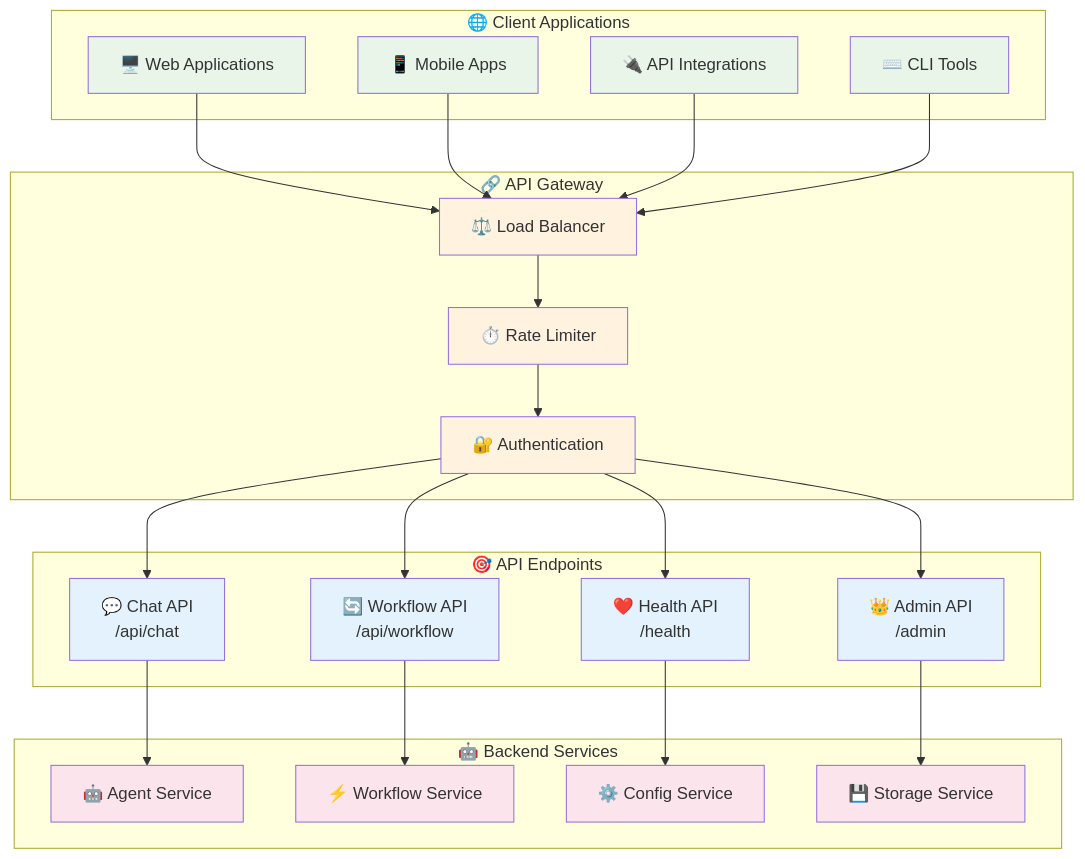
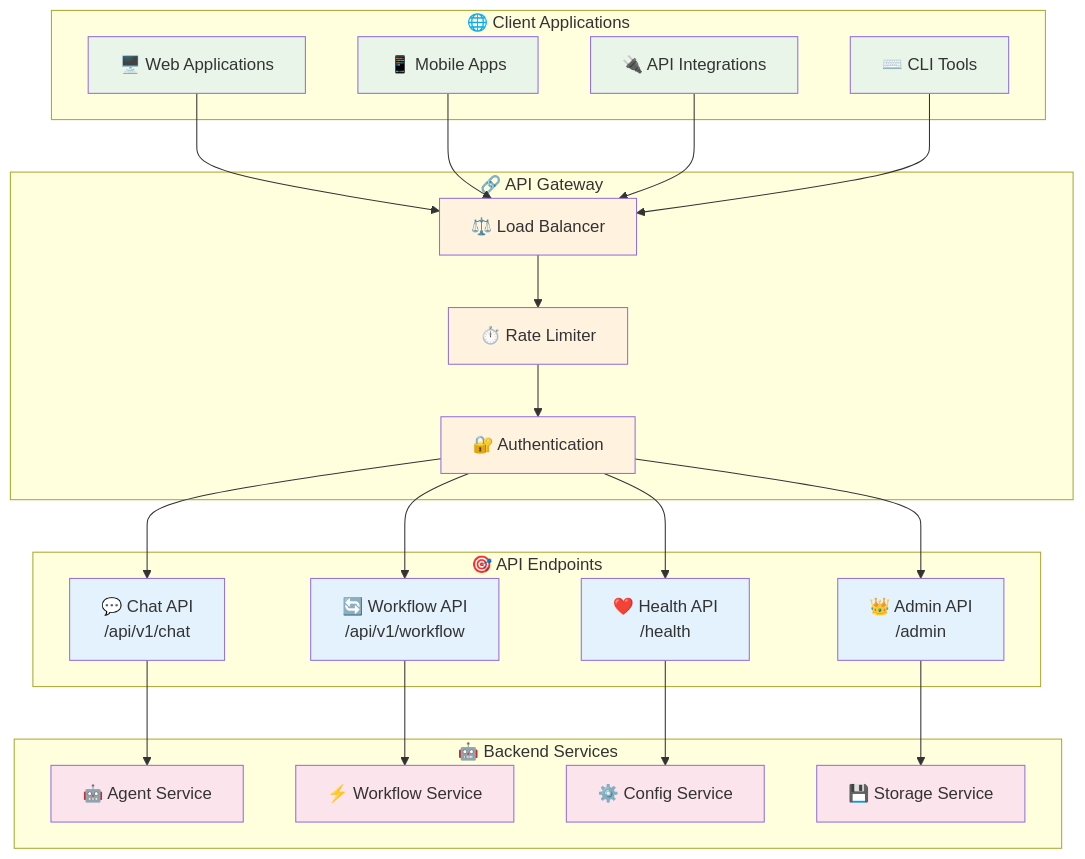
Before and after one commit to the-ingenious-dark-knight/Insight_Ingenious: the first of 6 diagrams in docs/api/README.md, drawn with Mermaid. The commit also changed other lines of this file and 5 other files, not shown here.

Commit message:
refactor: Update workflow names and API endpoints for consistency in documentation

````diff
--- a/docs/api/README.md
+++ b/docs/api/README.md
@@ -18,57 +18,57 @@
 ```mermaid
 graph TB
     subgraph "🌐 Client Applications"
         WEB_CLIENT[🖥️ Web Applications]
         MOBILE_CLIENT[📱 Mobile Apps]
         API_CLIENT[🔌 API Integrations]
         CLI_CLIENT[⌨️ CLI Tools]
     end
     
     subgraph "🔗 API Gateway"
         LOAD_BALANCER[⚖️ Load Balancer]
         RATE_LIMITER[⏱️ Rate Limiter]
         AUTH_LAYER[🔐 Authentication]
     end
     
     subgraph "🎯 API Endpoints"
-        CHAT_API[💬 Chat API<br/>/api/chat]
-        WORKFLOW_API[🔄 Workflow API<br/>/api/workflow]
+        CHAT_API[💬 Chat API<br/>/api/v1/chat]
+        WORKFLOW_API[🔄 Workflow API<br/>/api/v1/workflow]
         HEALTH_API[❤️ Health API<br/>/health]
         ADMIN_API[👑 Admin API<br/>/admin]
     end
     
     subgraph "🤖 Backend Services"
         AGENT_SERVICE[🤖 Agent Service]
         WORKFLOW_SERVICE[⚡ Workflow Service]
         CONFIG_SERVICE[⚙️ Config Service]
         STORAGE_SERVICE[💾 Storage Service]
     end
     
     WEB_CLIENT --> LOAD_BALANCER
     MOBILE_CLIENT --> LOAD_BALANCER
     API_CLIENT --> LOAD_BALANCER
     CLI_CLIENT --> LOAD_BALANCER
     
     LOAD_BALANCER --> RATE_LIMITER
     RATE_LIMITER --> AUTH_LAYER
     
     AUTH_LAYER --> CHAT_API
     AUTH_LAYER --> WORKFLOW_API
     AUTH_LAYER --> HEALTH_API
     AUTH_LAYER --> ADMIN_API
     
     CHAT_API --> AGENT_SERVICE
     WORKFLOW_API --> WORKFLOW_SERVICE
     HEALTH_API --> CONFIG_SERVICE
     ADMIN_API --> STORAGE_SERVICE
     
     classDef client fill:#e8f5e8
     classDef gateway fill:#fff3e0
     classDef api fill:#e3f2fd
     classDef service fill:#fce4ec
     
     class WEB_CLIENT,MOBILE_CLIENT,API_CLIENT,CLI_CLIENT client
     class LOAD_BALANCER,RATE_LIMITER,AUTH_LAYER gateway
     class CHAT_API,WORKFLOW_API,HEALTH_API,ADMIN_API api
     class AGENT_SERVICE,WORKFLOW_SERVICE,CONFIG_SERVICE,STORAGE_SERVICE service
 ```
````
